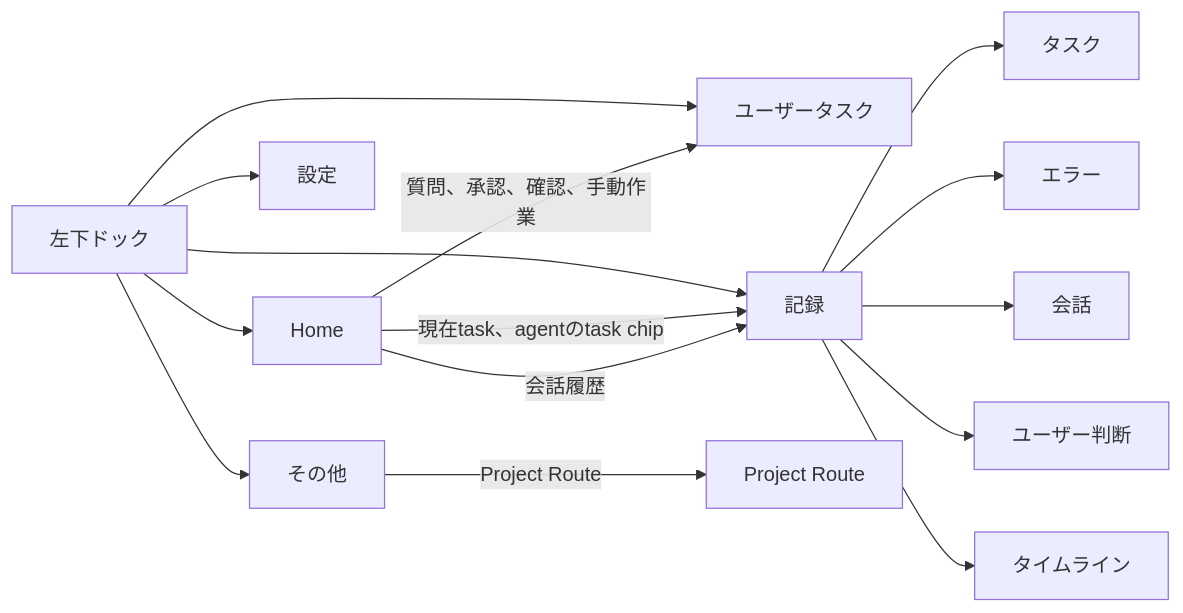
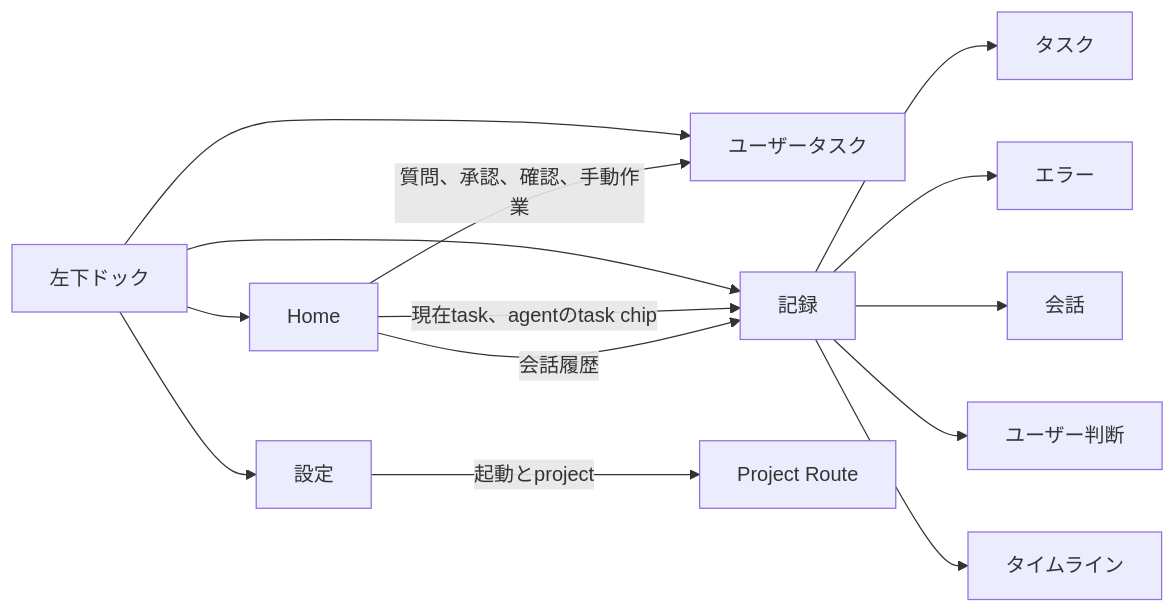
Before and after one commit to ugin-man/orquesta: the diagram in docs/superpowers/specs/2026-07-19-orquesta-desktop-information-architecture-design.md, drawn with Mermaid. The commit also changed other lines of this file and 1 other file, not shown here.

Commit message:
docs(desktop): consolidate settings information architecture

````diff
--- a/docs/superpowers/specs/2026-07-19-orquesta-desktop-information-architecture-design.md
+++ b/docs/superpowers/specs/2026-07-19-orquesta-desktop-information-architecture-design.md
@@ -103,25 +105,23 @@
 ```mermaid
 flowchart LR
     Dock["左下ドック"]
     Home["Home"]
     UserTasks["ユーザータスク"]
     Records["記録"]
     Settings["設定"]
-    More["その他"]
 
     Dock --> Home
     Dock --> UserTasks
     Dock --> Records
     Dock --> Settings
-    Dock --> More
     Home -->|質問、承認、確認、手動作業| UserTasks
     Home -->|現在task、agentのtask chip| Records
     Home -->|会話履歴| Records
-    More -->|Project Route| Route["Project Route"]
+    Settings -->|起動とproject| Route["Project Route"]
 
     Records --> TaskRecords["タスク"]
     Records --> ErrorRecords["エラー"]
     Records --> ConversationRecords["会話"]
     Records --> DecisionRecords["ユーザー判断"]
     Records --> Timeline["タイムライン"]
 ```
````
